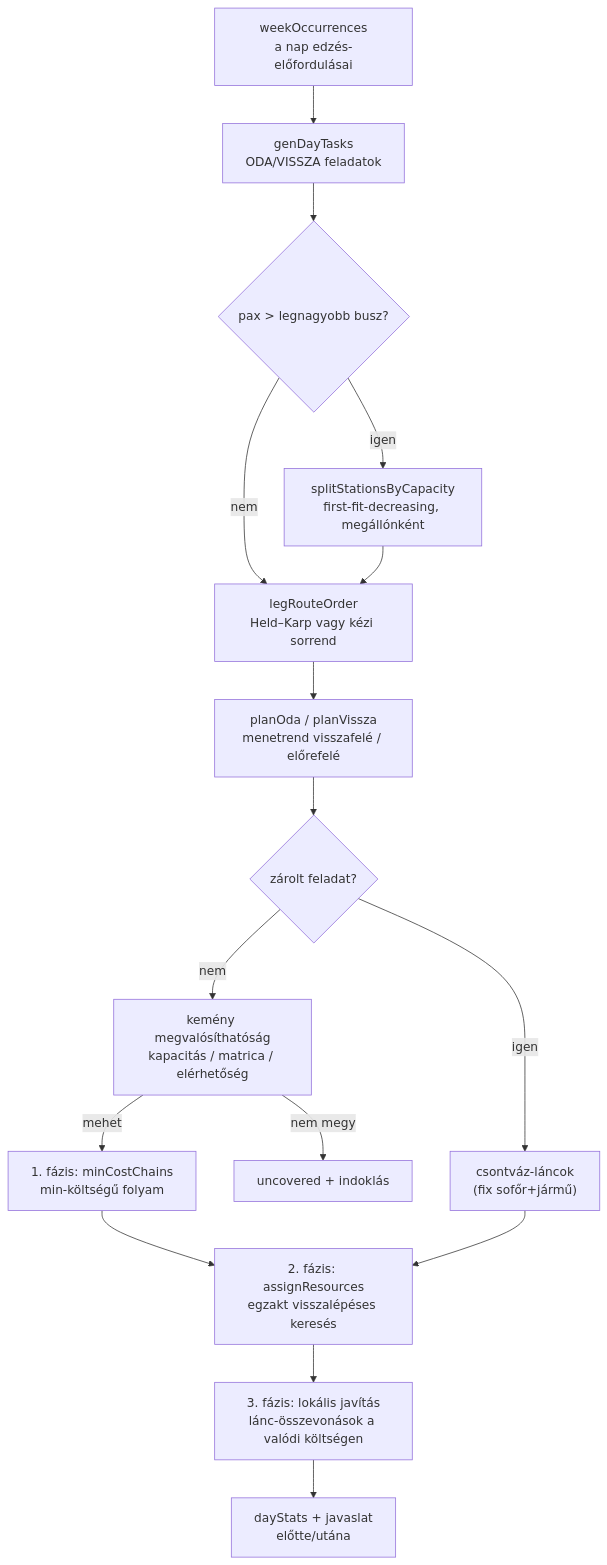
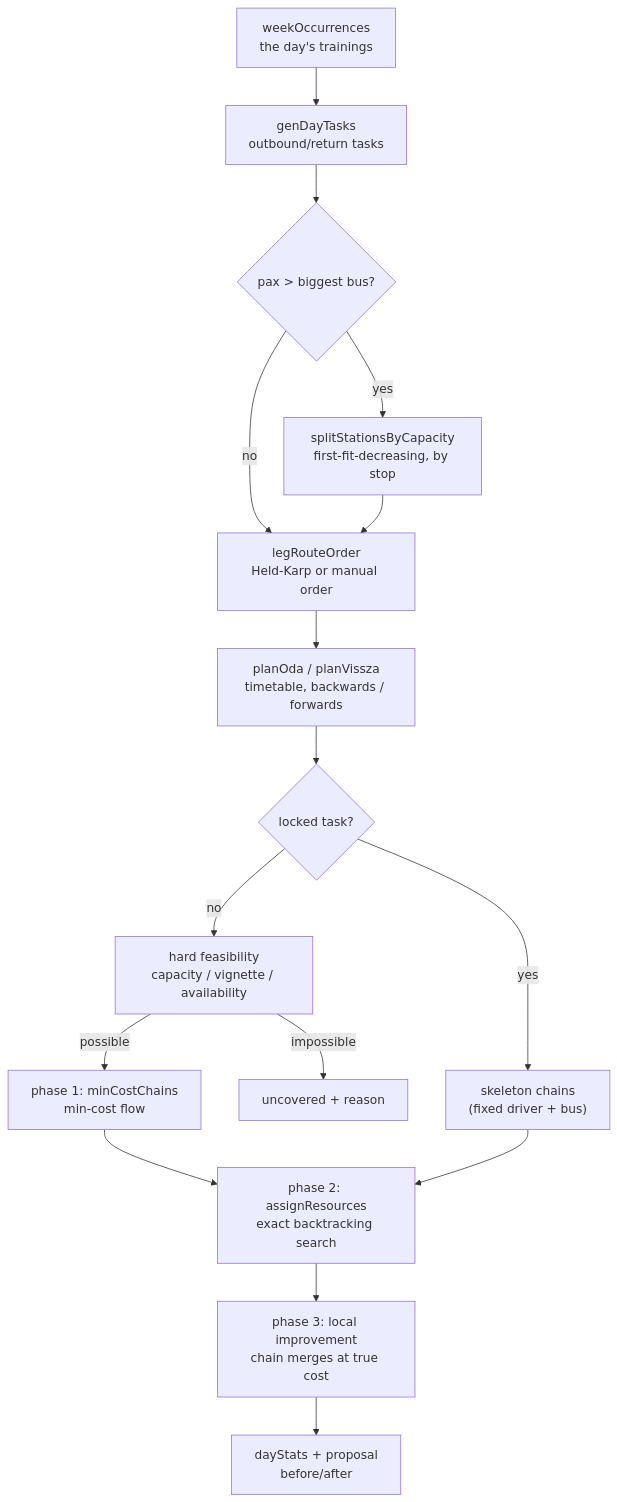
The fourth of 4 diagrams in docs/ARCHITECTURE.md (botond-berta/fuvarterv), drawn with Mermaid before and after one commit. The commit also changed other lines of this file and 70 other files, not shown here.

````diff
--- a/docs/ARCHITECTURE.md
+++ b/docs/ARCHITECTURE.md
@@ -589,18 +359,18 @@
 ```mermaid
 flowchart TD
-    A["weekOccurrences<br/>a nap edzés-előfordulásai"] --> B["genDayTasks<br/>ODA/VISSZA feladatok"]
-    B --> B1{"pax > legnagyobb busz?"}
-    B1 -->|igen| B2["splitStationsByCapacity<br/>first-fit-decreasing, megállónként"]
-    B1 -->|nem| C
-    B2 --> C["legRouteOrder<br/>Held–Karp vagy kézi sorrend"]
-    C --> D["planOda / planVissza<br/>menetrend visszafelé / előrefelé"]
-    D --> E{"zárolt feladat?"}
-    E -->|igen| F["csontváz-láncok<br/>(fix sofőr+jármű)"]
-    E -->|nem| G["kemény megvalósíthatóság<br/>kapacitás / matrica / elérhetőség"]
-    G -->|nem megy| H["uncovered + indoklás"]
-    G -->|mehet| I["1. fázis: minCostChains<br/>min-költségű folyam"]
-    I --> J["2. fázis: assignResources<br/>egzakt visszalépéses keresés"]
+    A["weekOccurrences<br/>the day's trainings"] --> B["genDayTasks<br/>outbound/return tasks"]
+    B --> B1{"pax > biggest bus?"}
+    B1 -->|yes| B2["splitStationsByCapacity<br/>first-fit-decreasing, by stop"]
+    B1 -->|no| C
+    B2 --> C["legRouteOrder<br/>Held-Karp or manual order"]
+    C --> D["planOda / planVissza<br/>timetable, backwards / forwards"]
+    D --> E{"locked task?"}
+    E -->|yes| F["skeleton chains<br/>(fixed driver + bus)"]
+    E -->|no| G["hard feasibility<br/>capacity / vignette / availability"]
+    G -->|impossible| H["uncovered + reason"]
+    G -->|possible| I["phase 1: minCostChains<br/>min-cost flow"]
+    I --> J["phase 2: assignResources<br/>exact backtracking search"]
     F --> J
-    J --> K["3. fázis: lokális javítás<br/>lánc-összevonások a valódi költségen"]
-    K --> L["dayStats + javaslat<br/>előtte/utána"]
+    J --> K["phase 3: local improvement<br/>chain merges at true cost"]
+    K --> L["dayStats + proposal<br/>before/after"]
 ```
````
